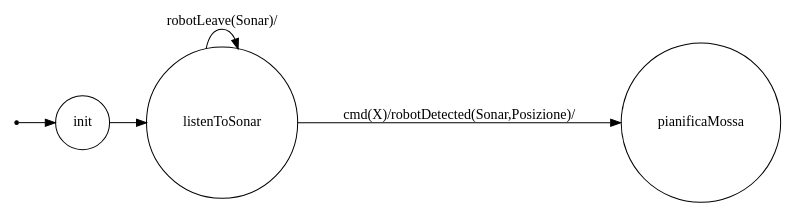
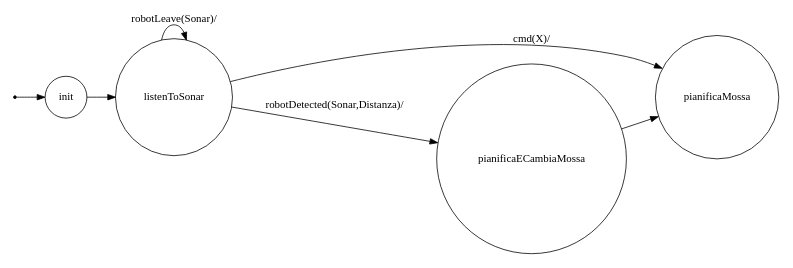
The diagram in Model2/srcMore/it/unibo/robotmind/dotFsm.gv (sabbio93/QRobotEvitaMuri), drawn with Graphviz before and after one commit. The commit also changed 109 other files, not shown here.

```diff
--- a/Model2/srcMore/it/unibo/robotmind/dotFsm.gv
+++ b/Model2/srcMore/it/unibo/robotmind/dotFsm.gv
@@ -1,23 +1,26 @@
 /*
 *
 * A GraphViz DOT FSM description 
 * Please use a GraphViz visualizer (like http://www.webgraphviz.com)
 * 
 * Generated by AM,NC,RM
 *  
 */
  
 digraph finite_state_machine {
   	rankdir=LR;
   	size="8,5"
   	node [shape = point]; iniziale;
   	node [shape = doublecircle]; 
   	node [shape = circle];
   	iniziale -> init [label = ""];
   	
   	
   	init -> listenToSonar [ label = ""];
   	
   	listenToSonar -> listenToSonar [ label = "robotLeave(Sonar)/"];
-  	listenToSonar -> pianificaMossa [ label = "cmd(X)/robotDetected(Sonar,Posizione)/"];
+  	listenToSonar -> pianificaMossa [ label = "cmd(X)/"];
+  	listenToSonar -> pianificaECambiaMossa [ label = "robotDetected(Sonar,Distanza)/"];
+  	
+  	pianificaECambiaMossa -> pianificaMossa [ label = ""];
 }
```
